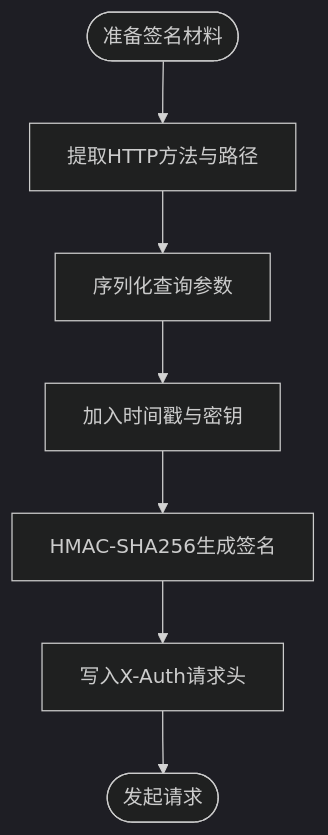
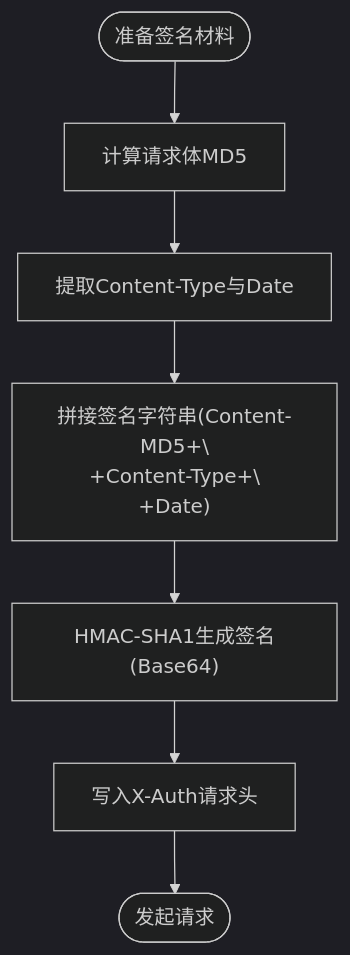
One commit to Ren-chao02/wps_dbsheet_examination_system changed the sixth of 7 diagrams in .qoder/repowiki/zh/content/验证引擎/金山API集成.md. Above: the diagram before and after it, drawn with Mermaid (dark theme). The commit also changed other lines of this file and 64 other files, not shown here.

````diff
--- a/.qoder/repowiki/zh/content/验证引擎/金山API集成.md
+++ b/.qoder/repowiki/zh/content/验证引擎/金山API集成.md
@@ -211,9 +230,9 @@
 ```mermaid
 flowchart TD
-A(["准备签名材料"]) --> B["提取HTTP方法与路径"]
-B --> C["序列化查询参数"]
-C --> D["加入时间戳与密钥"]
-D --> E["HMAC-SHA256生成签名"]
+A(["准备签名材料"]) --> B["计算请求体MD5"]
+B --> C["提取Content-Type与Date"]
+C --> D["拼接签名字符串(Content-MD5+\\n+Content-Type+\\n+Date)"]
+D --> E["HMAC-SHA1生成签名(Base64)"]
 E --> F["写入X-Auth请求头"]
 F --> G(["发起请求"])
 ```
````
